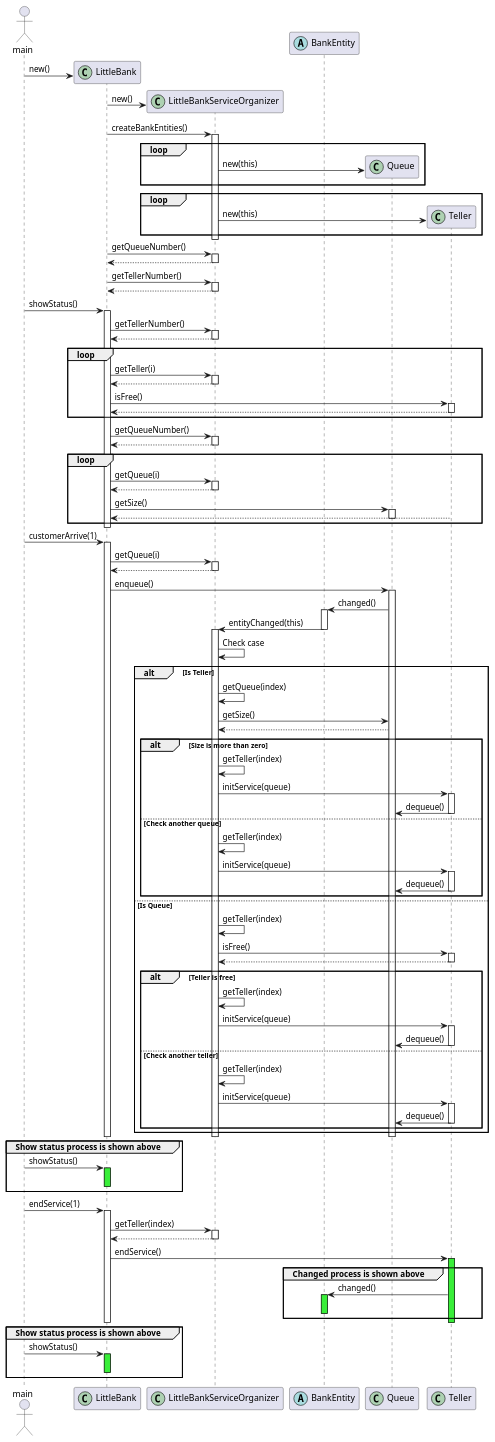
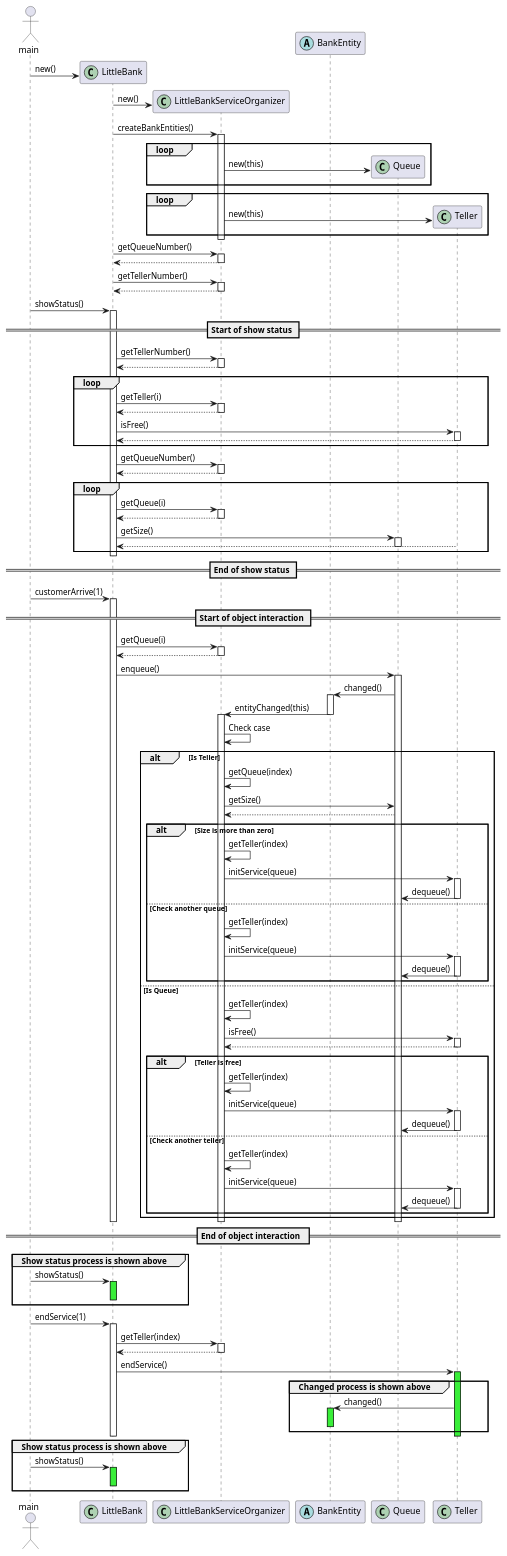
Before and after one commit to BeqaKhaburdzania/FreeUni-SDP-2013-Lab-UML: the diagram in Mediator/uml/MediatorSequenceDiagram.puml, drawn with PlantUML. The commit also changed 8 other files, not shown here.

Commit message:
Done diagrams

```diff
--- a/Mediator/uml/MediatorSequenceDiagram.puml
+++ b/Mediator/uml/MediatorSequenceDiagram.puml
@@ -48,6 +48,8 @@
 deactivate LittleBankServiceOrganizer
 
 main -> LittleBank : showStatus()
+
+== Start of show status ==
 
 activate LittleBank
 
@@ -105,7 +107,11 @@
 
 deactivate LittleBank
 
+== End of show status ==
+
 main -> LittleBank : customerArrive(1)
+
+== Start of object interaction ==
 
 activate LittleBank
 
@@ -204,6 +210,8 @@
 
 deactivate LittleBank
 
+== End of object interaction  ==
+
 group Show status process is shown above
 
 main -> LittleBank : showStatus()
```
